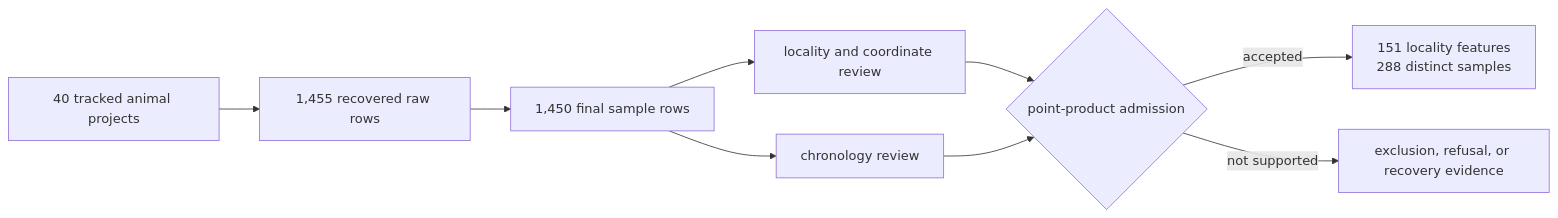
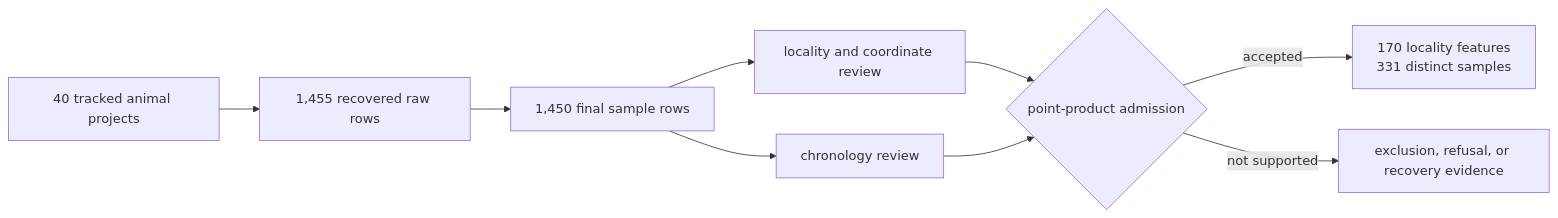
Before and after one commit to bijux/bijux-pollenomics: the fifth of 7 diagrams in docs/public/pollenomics/index.md, drawn with Mermaid. The commit also changed other lines of this file and 23 other files, not shown here.

````diff
--- a/docs/public/pollenomics/index.md
+++ b/docs/public/pollenomics/index.md
@@ -209,11 +209,11 @@
 ```mermaid
 flowchart LR
     Project["40 tracked animal projects"] --> Raw["1,455 recovered raw rows"]
     Raw --> Sample["1,450 final sample rows"]
     Sample --> Place["locality and coordinate review"]
     Sample --> Time["chronology review"]
     Place --> Admission{"point-product admission"}
     Time --> Admission
-    Admission -->|accepted| Point["151 locality features<br/>288 distinct samples"]
+    Admission -->|accepted| Point["170 locality features<br/>331 distinct samples"]
     Admission -->|not supported| VisibleGap["exclusion, refusal, or recovery evidence"]
 ```
````
